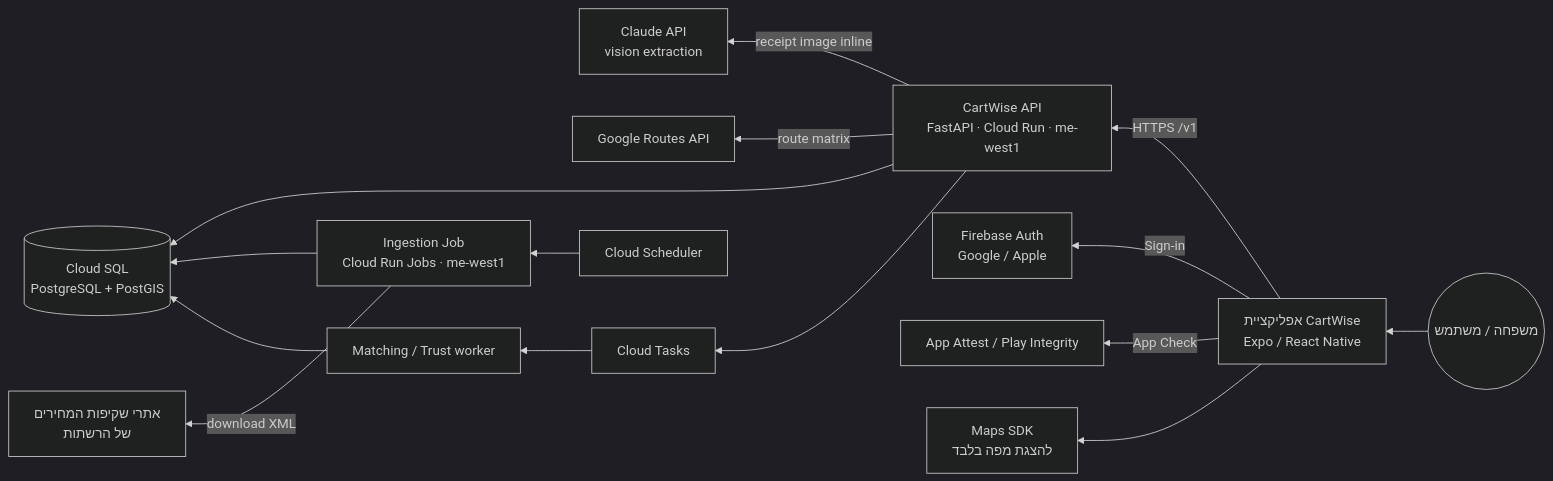
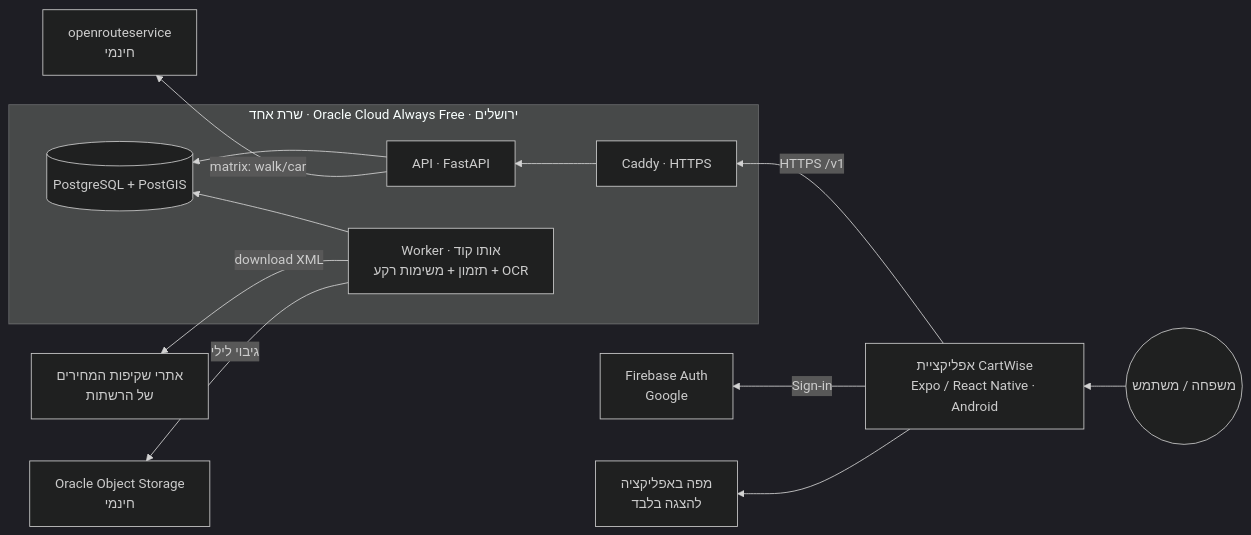
Before and after one commit to deb6754006/CartWise: the first of 6 diagrams in docs/planning-artifacts/architecture/architecture-CartWise-2026-10-26/architecture.md, drawn with Mermaid (dark theme). The commit also changed other lines of this file and 16 other files, not shown here.

````diff
--- a/docs/planning-artifacts/architecture/architecture-CartWise-2026-10-26/architecture.md
+++ b/docs/planning-artifacts/architecture/architecture-CartWise-2026-10-26/architecture.md
@@ -23,17 +25,15 @@
 ```mermaid
 graph RL
-  user((משפחה / משתמש)) --> app[אפליקציית CartWise<br/>Expo / React Native]
-  app -->|HTTPS /v1| api[CartWise API<br/>FastAPI · Cloud Run · me-west1]
-  app -->|Sign-in| fb[Firebase Auth<br/>Google / Apple]
-  app -->|App Check| ac[App Attest / Play Integrity]
-  api --> db[(Cloud SQL<br/>PostgreSQL + PostGIS)]
-  api -->|receipt image inline| llm[Claude API<br/>vision extraction]
-  api -->|route matrix| routes[Google Routes API]
-  sched[Cloud Scheduler] --> jobs[Ingestion Job<br/>Cloud Run Jobs · me-west1]
-  jobs -->|download XML| chains[אתרי שקיפות המחירים<br/>של הרשתות]
-  jobs --> db
-  tasks[Cloud Tasks] --> wk[Matching / Trust worker]
-  api --> tasks
-  wk --> db
-  app --> maps[Maps SDK<br/>להצגת מפה בלבד]
+  user((משפחה / משתמש)) --> app[אפליקציית CartWise<br/>Expo / React Native · Android]
+  app -->|HTTPS /v1| caddy[Caddy · HTTPS]
+  app -->|Sign-in| fb[Firebase Auth<br/>Google]
+  subgraph VM[שרת אחד · Oracle Cloud Always Free · ירושלים]
+    caddy --> api[API · FastAPI]
+    api --> db[(PostgreSQL + PostGIS)]
+    worker[Worker · אותו קוד<br/>תזמון + משימות רקע + OCR] --> db
+  end
+  worker -->|download XML| chains[אתרי שקיפות המחירים<br/>של הרשתות]
+  api -->|matrix: walk/car| ors[openrouteservice<br/>חינמי]
+  worker -->|גיבוי לילי| os[Oracle Object Storage<br/>חינמי]
+  app --> maps[מפה באפליקציה<br/>להצגה בלבד]
 ```
````
